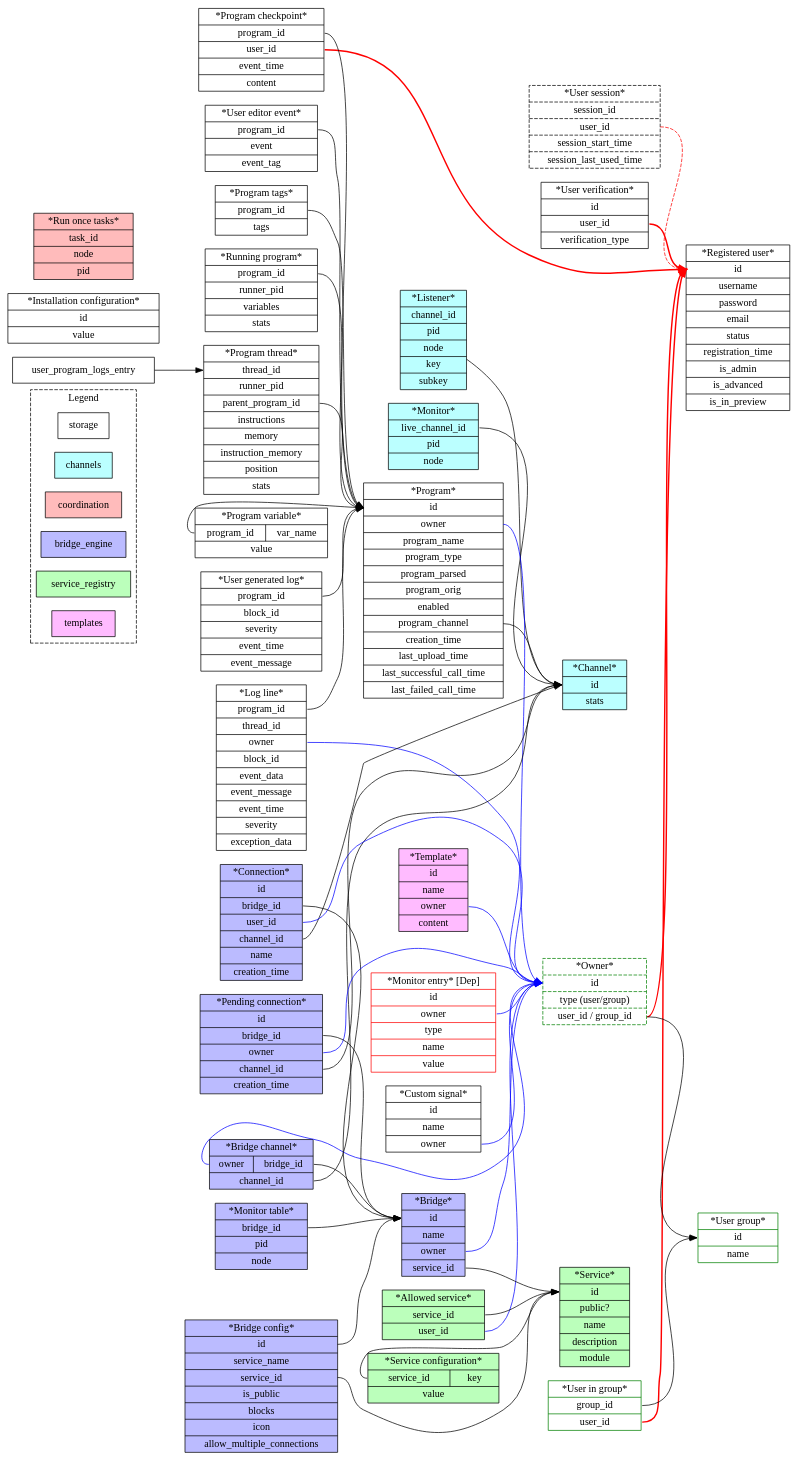
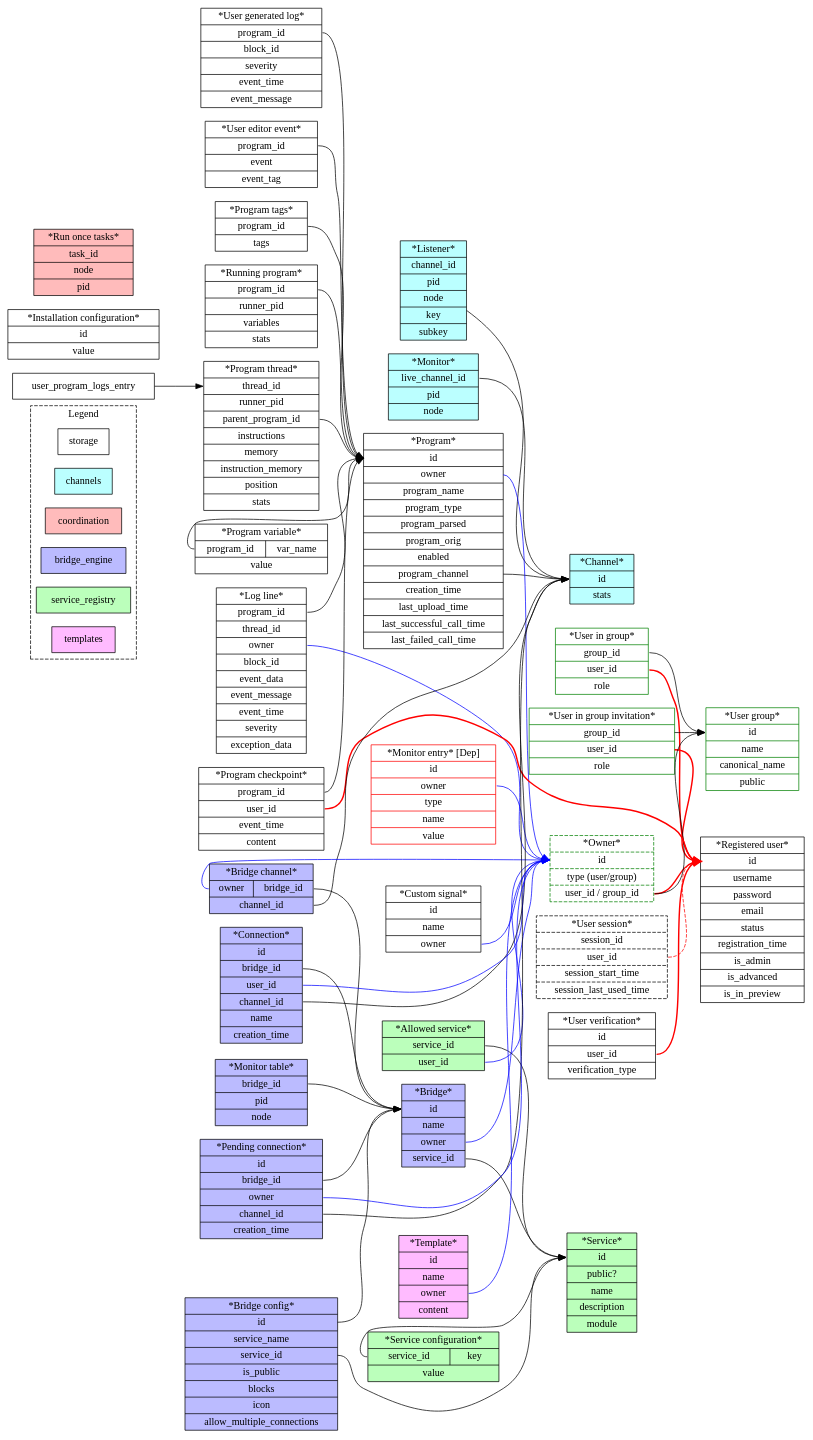
One commit to programaker-project/Programaker-Core changed the diagram in docs/diagrams/db-model.gv. Above: the diagram before and after it, drawn with Graphviz. The commit also changed 13 other files, not shown here.

```diff
--- a/docs/diagrams/db-model.gv
+++ b/docs/diagrams/db-model.gv
@@ -40,13 +40,19 @@
     // User group
     user_group[
       color="green",
-      label="*User group* | <pk> id | name"]
+      label="*User group* | <pk> id | name | canonical_name | public"]
 
     // User in group
-    user_in_group[color=green, 
-      label="*User in group* | <f0> group_id | <f1> user_id"]
+    user_in_group[color=green,
+      label="*User in group* | <f0> group_id | <f1> user_id | role"]
     user_in_group:f0 -> user_group:pk
     user_in_group:f1 -> registered_user_entry:pk[style=bold,color="#ff0000"];
+
+    // User in group invitation
+    user_in_group_invitation[color=green, 
+      label="*User in group invitation* | <f0> group_id | <f1> user_id | role"]
+    user_in_group_invitation:f0 -> user_group:pk
+    user_in_group_invitation:f1 -> registered_user_entry:pk[style=bold,color="#ff0000"];
 
     // User or group
     owner[color=green,style=dashed,
```
